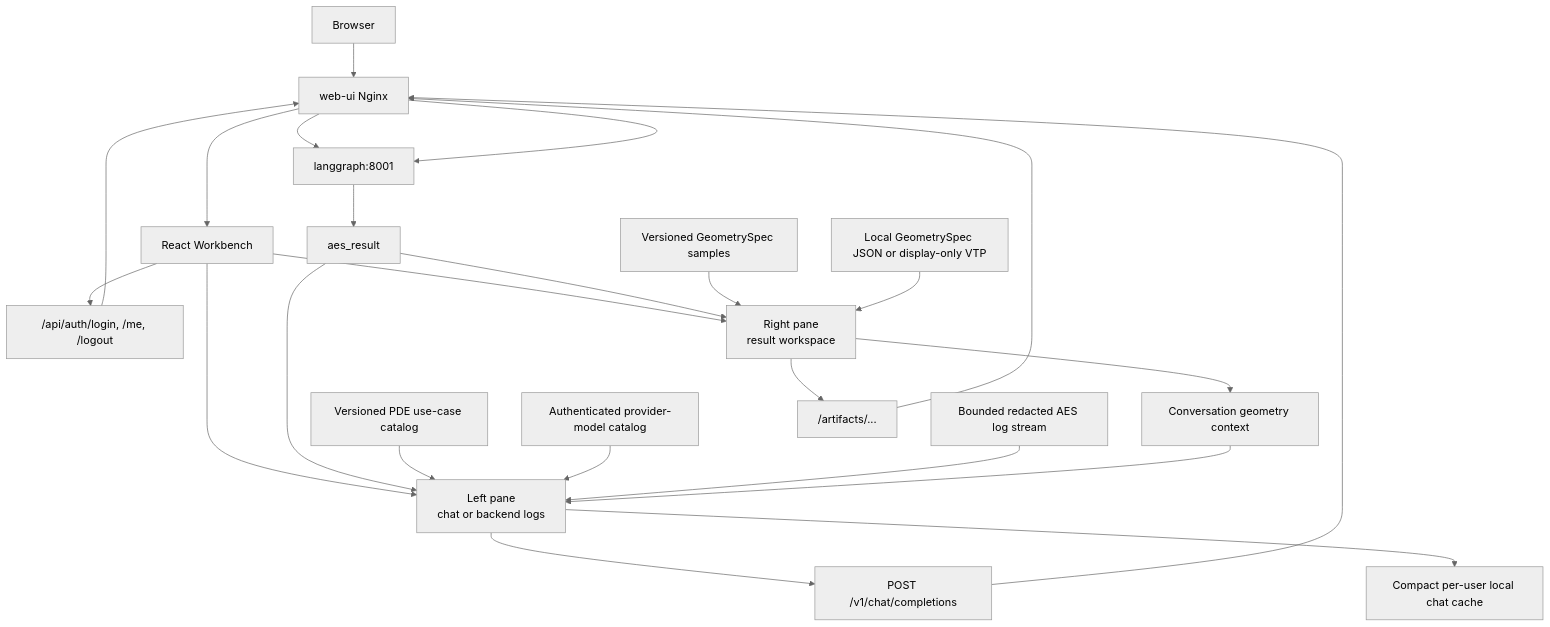
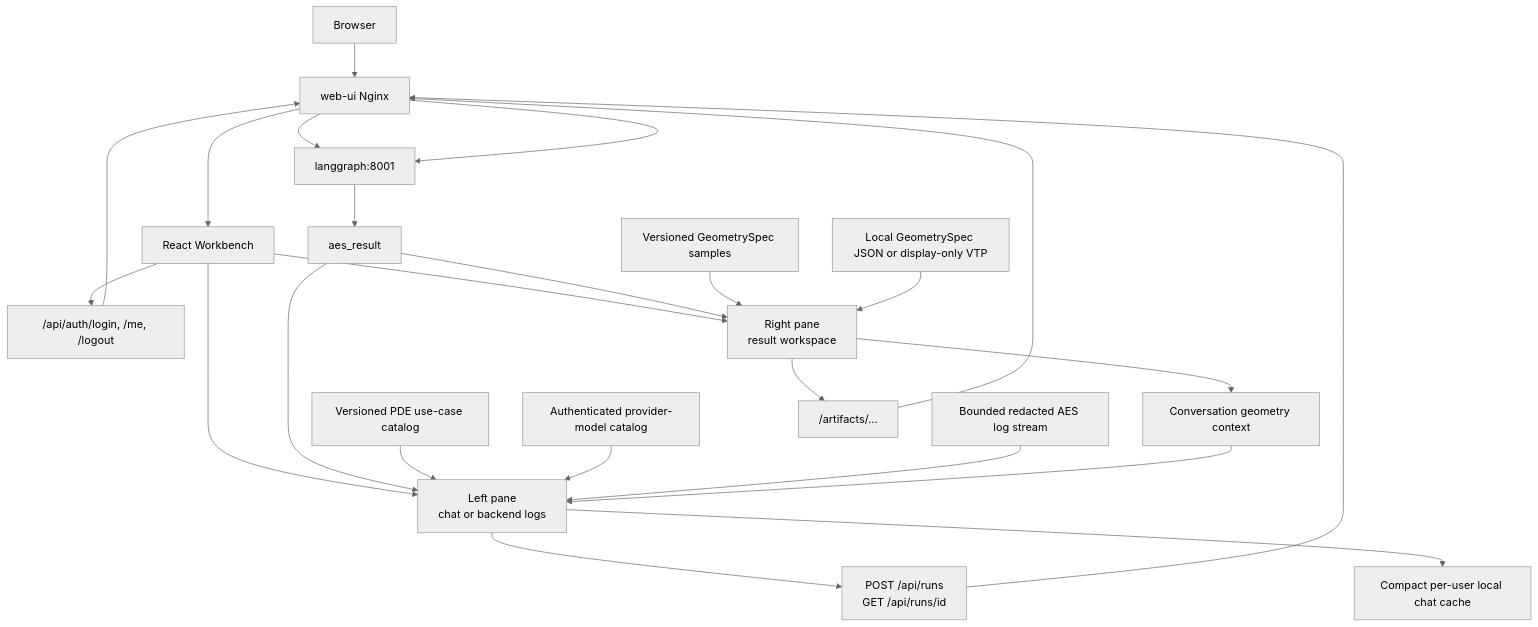
The first of 10 diagrams in web-ui/architecture.md (RadmirG/AES), drawn with Mermaid (neutral theme) before and after one commit. The commit also changed other lines of this file and 23 other files, not shown here.

Commit message:
New recovery flow after browser refresh

````diff
--- a/web-ui/architecture.md
+++ b/web-ui/architecture.md
@@ -7,26 +7,26 @@
 ```mermaid
 flowchart TD
     A["Browser"] --> B["web-ui Nginx"]
     B --> C["React Workbench"]
     C --> AUTH["/api/auth/login, /me, /logout"]
     AUTH --> B
     C --> D["Left pane<br/>chat or backend logs"]
     C --> E["Right pane<br/>result workspace"]
-    D --> F["POST /v1/chat/completions"]
+    D --> F["POST /api/runs<br/>GET /api/runs/id"]
     F --> B
     B --> G["langgraph:8001"]
     G --> H["aes_result"]
     H --> D
     H --> E
     SAMPLES["Versioned GeometrySpec samples"] --> E
     CASES["Versioned PDE use-case catalog"] --> D
     MODELS["Authenticated provider-model catalog"] --> D
     LOGS["Bounded redacted AES log stream"] --> D
     UPLOAD["Local GeometrySpec JSON or display-only VTP"] --> E
     E --> CTX["Conversation geometry context"]
     CTX --> D
     D --> CACHE["Compact per-user local chat cache"]
     E --> I["/artifacts/..."]
     I --> B
     B --> G
 ```
````
